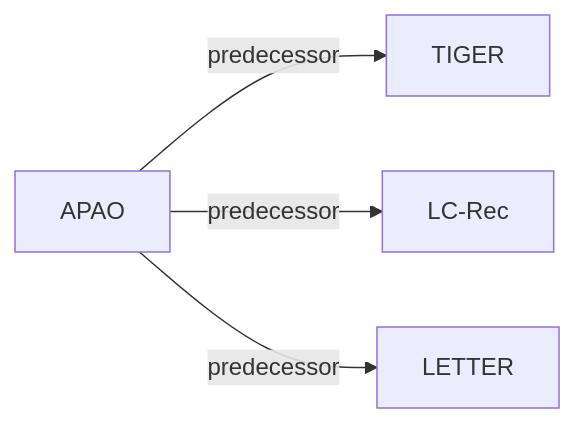
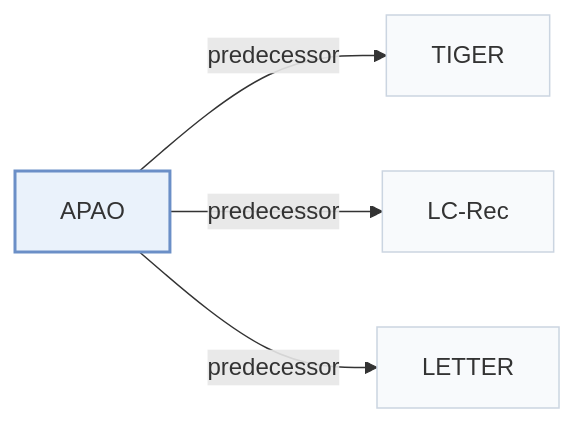
The second of 2 diagrams in pages/papers/apao.md (Galaxy-ghost/Awesome-SID-Generative-Rec), drawn with Mermaid before and after one commit. The commit also changed other lines of this file and 649 other files, not shown here.

Commit message:
writer-05: also tags and modality index (schema, check, build, visuals); summary field removed; calibration data for 12 papers

````diff
--- a/pages/papers/apao.md
+++ b/pages/papers/apao.md
@@ -68,7 +74,11 @@
 ```mermaid
 flowchart LR
     P["APAO"]
-    P -->|predecessor| A["TIGER"]
-    P -->|predecessor| B["LC-Rec"]
-    P -->|predecessor| C["LETTER"]
+    P -->|"predecessor"| A["TIGER"]
+    P -->|"predecessor"| B["LC-Rec"]
+    P -->|"predecessor"| C["LETTER"]
+    classDef main fill:#eaf2fb,stroke:#6b8fc7,stroke-width:2px
+    classDef peer fill:#f8fafc,stroke:#cbd5e1
+    class P main
+    class A,B,C peer
 ```
````
